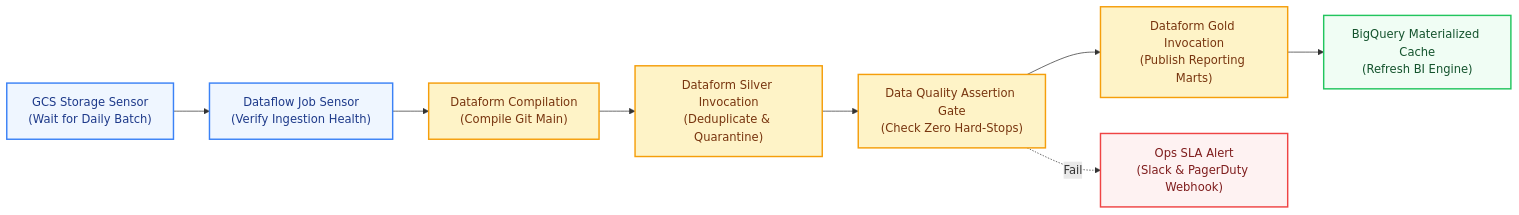
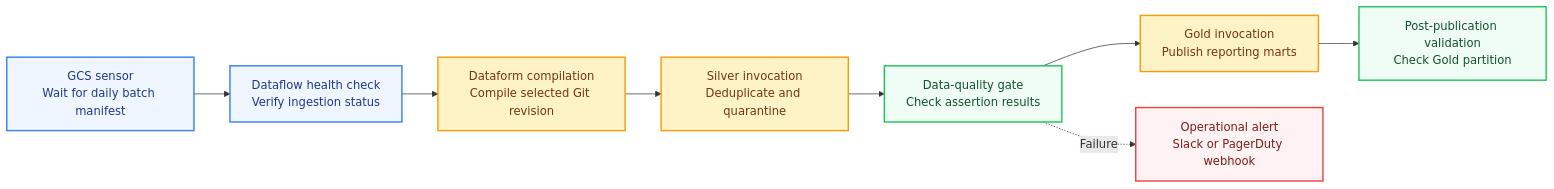
The diagram in content/english/blog/gcp-data-engineering-pipeline-orchestration-composer-workflows.md (tharun15/gcloudcafe), drawn with Mermaid before and after one commit. The commit also changed other lines of this file, not shown here.

Commit message:
docs(blog): refine Data Engineering Part 7 with technical audit and internal links

````diff
--- a/content/english/blog/gcp-data-engineering-pipeline-orchestration-composer-workflows.md
+++ b/content/english/blog/gcp-data-engineering-pipeline-orchestration-composer-workflows.md
@@ -143,15 +106,17 @@
 ```mermaid
 flowchart LR
     classDef sensor fill:#eff6ff,stroke:#3b82f6,stroke-width:2px,color:#1e3a8a;
     classDef dataform fill:#fef3c7,stroke:#f59e0b,stroke-width:2px,color:#78350f;
     classDef bq fill:#f0fdf4,stroke:#22c55e,stroke-width:2px,color:#14532d;
     classDef alert fill:#fef2f2,stroke:#ef4444,stroke-width:2px,color:#7f1d1d;
 
-    A["GCS Storage Sensor<br/>(Wait for Daily Batch)"]:::sensor --> B["Dataflow Job Sensor<br/>(Verify Ingestion Health)"]:::sensor
-    B --> C["Dataform Compilation<br/>(Compile Git Main)"]:::dataform
-    C --> D["Dataform Silver Invocation<br/>(Deduplicate & Quarantine)"]:::dataform
-    D --> E["Data Quality Assertion Gate<br/>(Check Zero Hard-Stops)"]:::dataform
-    E --> F["Dataform Gold Invocation<br/>(Publish Reporting Marts)"]:::dataform
-    F --> G["BigQuery Materialized Cache<br/>(Refresh BI Engine)"]:::bq
-    E -. Fail .-> H["Ops SLA Alert<br/>(Slack & PagerDuty Webhook)"]:::alert
+    A["GCS sensor<br/>Wait for daily batch manifest"]:::sensor
+    --> B["Dataflow health check<br/>Verify ingestion status"]:::sensor
+    --> C["Dataform compilation<br/>Compile selected Git revision"]:::dataform
+    --> D["Silver invocation<br/>Deduplicate and quarantine"]:::dataform
+    --> E["Data-quality gate<br/>Check assertion results"]:::bq
+    --> F["Gold invocation<br/>Publish reporting marts"]:::dataform
+    --> G["Post-publication validation<br/>Check Gold partition"]:::bq
+
+    E -. Failure .-> H["Operational alert<br/>Slack or PagerDuty webhook"]:::alert
 ```
````
